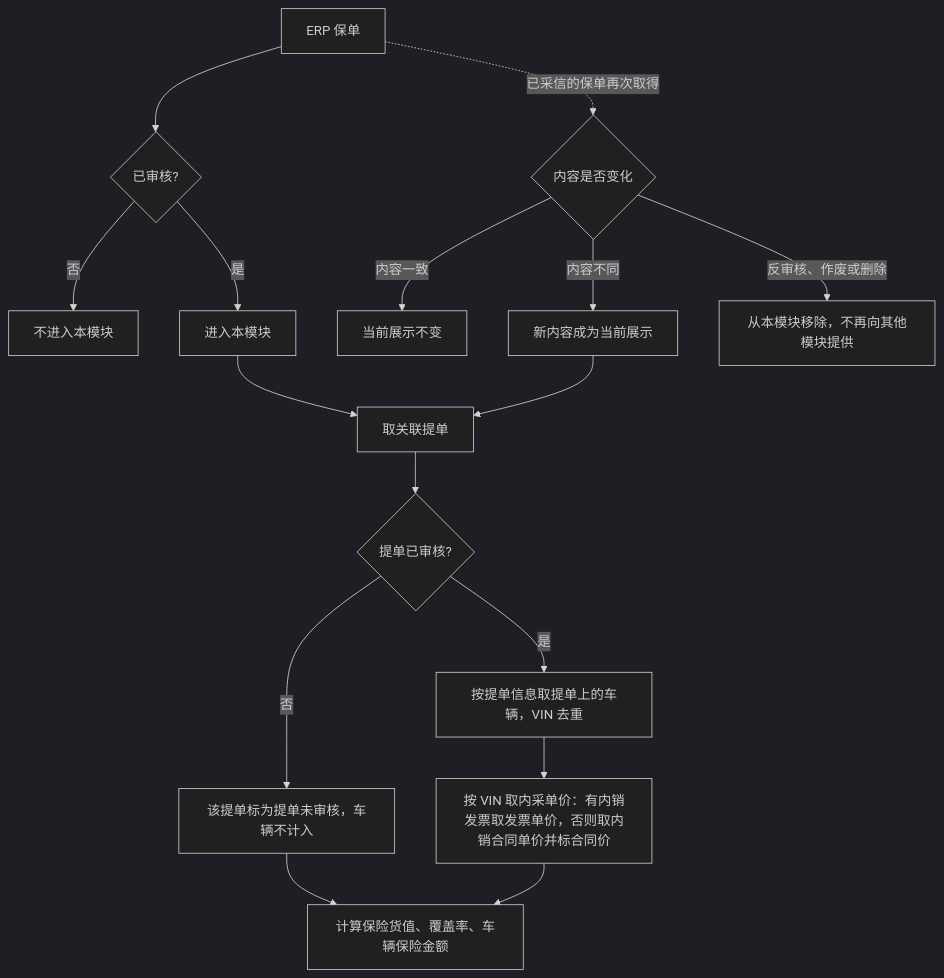
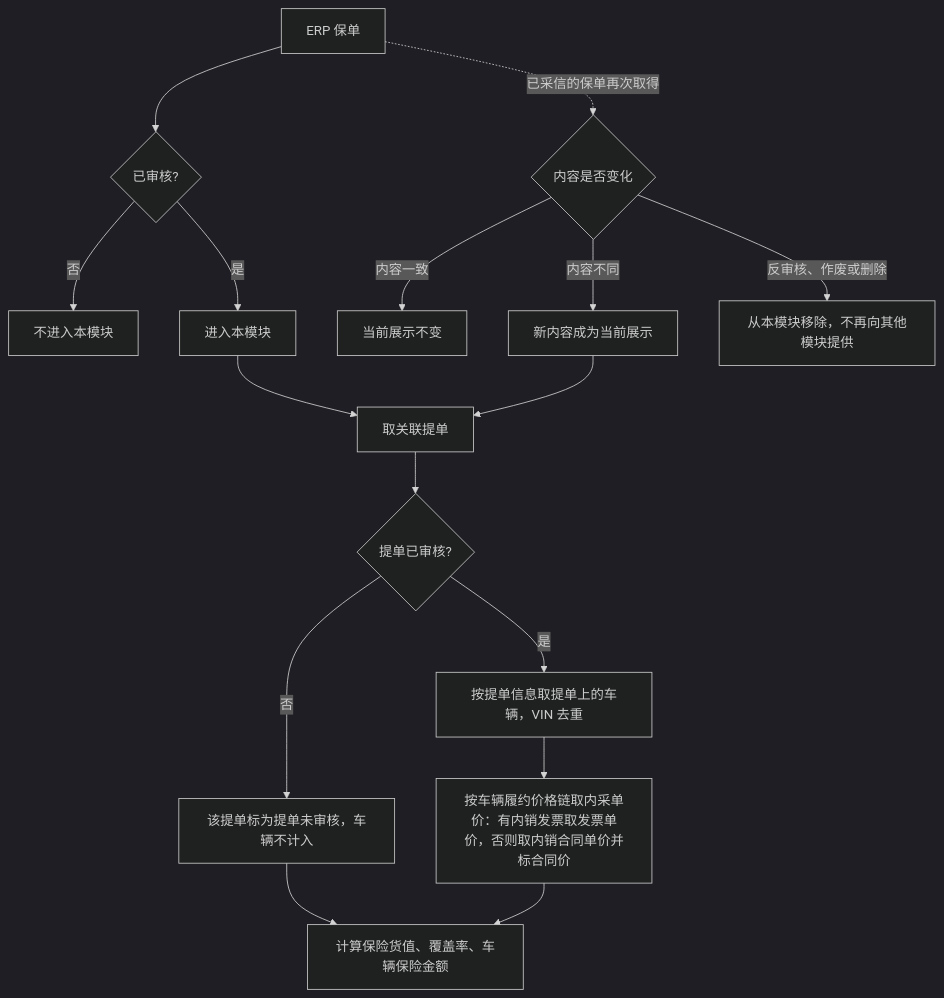
Before and after one commit to wxblockchain/Chain-Financing: the first of 3 diagrams in asset-trust-platform/PRD/运营端/M13-保单信息/02-保单信息-流程图与状态机.md, drawn with Mermaid (dark theme). The commit also changed other lines of this file and 3 other files, not shown here.

````diff
--- a/asset-trust-platform/PRD/运营端/M13-保单信息/02-保单信息-流程图与状态机.md
+++ b/asset-trust-platform/PRD/运营端/M13-保单信息/02-保单信息-流程图与状态机.md
@@ -16,18 +16,18 @@
 ```mermaid
 flowchart TD
     A[ERP 保单] --> B{已审核?}
     B -->|否| X[不进入本模块]
     B -->|是| C[进入本模块]
     C --> D[取关联提单]
     D --> E{提单已审核?}
     E -->|否| F[该提单标为提单未审核，车辆不计入]
     E -->|是| G[按提单信息取提单上的车辆，VIN 去重]
-    G --> H[按 VIN 取内采单价：有内销发票取发票单价，否则取内销合同单价并标合同价]
+    G --> H[按车辆履约价格链取内采单价：有内销发票取发票单价，否则取内销合同单价并标合同价]
     F --> R[计算保险货值、覆盖率、车辆保险金额]
     H --> R
     A -. 已采信的保单再次取得 .-> U{内容是否变化}
     U -->|内容一致| K[当前展示不变]
     U -->|内容不同| N[新内容成为当前展示]
     U -->|反审核、作废或删除| M[从本模块移除，不再向其他模块提供]
     N --> D
 ```
````
